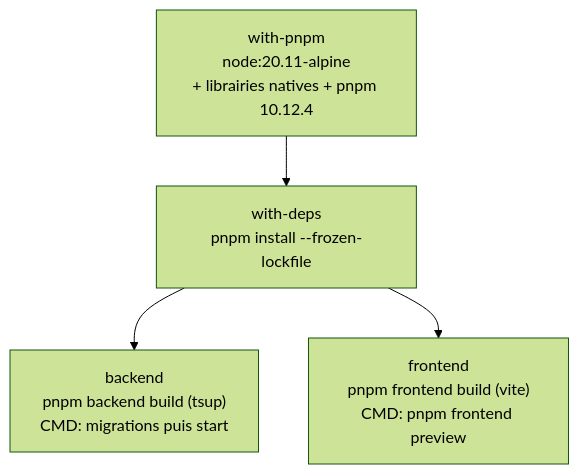
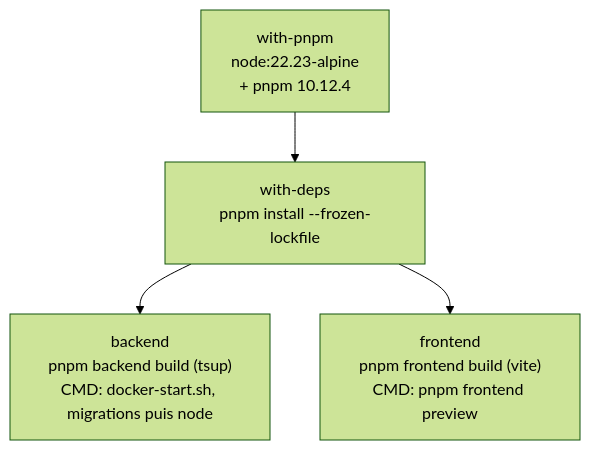
One commit to betagouv/patrinotes changed the first of 3 diagrams in docs/10-infrastructure-et-deploiement.md. Above: the diagram before and after it, drawn with Mermaid (forest theme). The commit also changed other lines of this file and 18 other files, not shown here.

````diff
--- a/docs/10-infrastructure-et-deploiement.md
+++ b/docs/10-infrastructure-et-deploiement.md
@@ -29,6 +29,6 @@
 ```mermaid
 flowchart TD
-    A["with-pnpm<br/>node:20.11-alpine<br/>+ librairies natives + pnpm 10.12.4"] --> B["with-deps<br/>pnpm install --frozen-lockfile"]
-    B --> C["backend<br/>pnpm backend build (tsup)<br/>CMD: migrations puis start"]
+    A["with-pnpm<br/>node:22.23-alpine<br/>+ pnpm 10.12.4"] --> B["with-deps<br/>pnpm install --frozen-lockfile"]
+    B --> C["backend<br/>pnpm backend build (tsup)<br/>CMD: docker-start.sh, migrations puis node"]
     B --> D["frontend<br/>pnpm frontend build (vite)<br/>CMD: pnpm frontend preview"]
 ```
````
